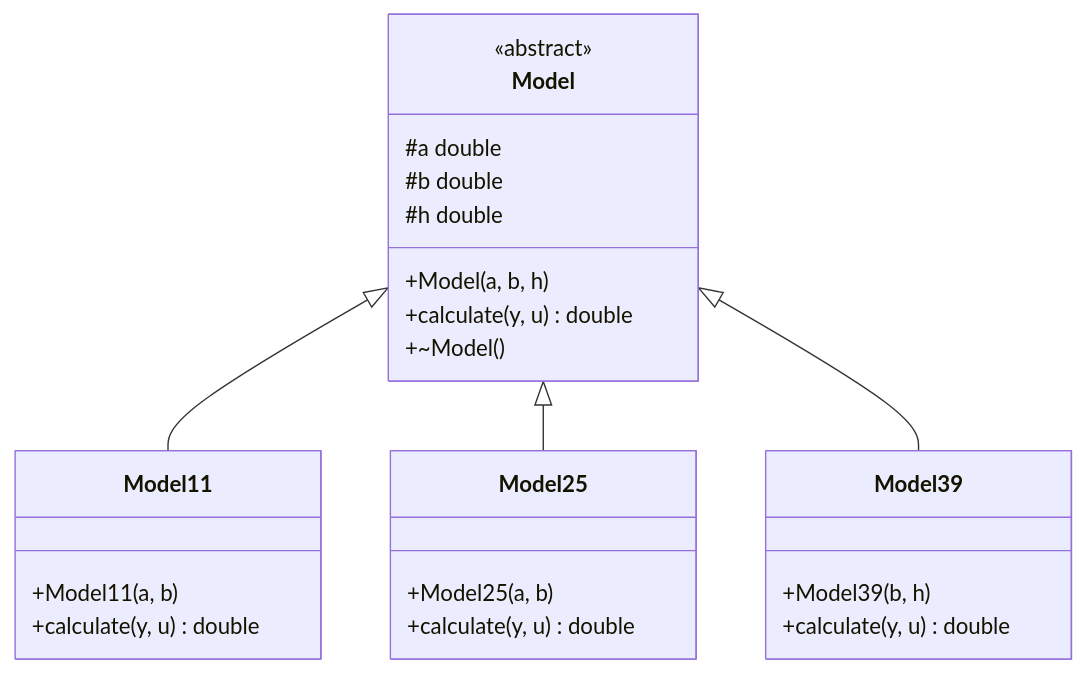
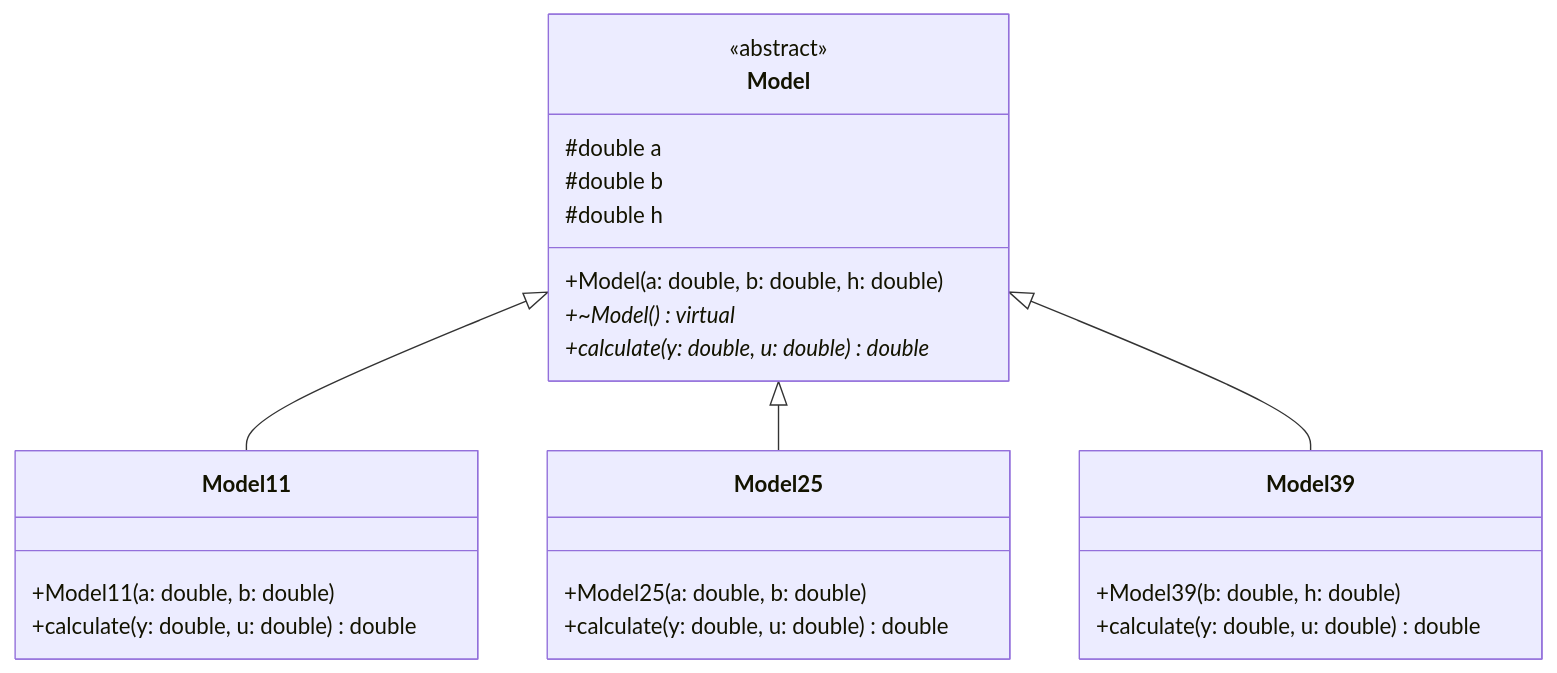
One commit to bananchiks777/OTIS-2026 changed the diagram in trunk/ii03011/task_01/doc/README.md. Above: the diagram before and after it, drawn with Mermaid. The commit also changed other lines of this file, not shown here.

````diff
--- a/trunk/ii03011/task_01/doc/README.md
+++ b/trunk/ii03011/task_01/doc/README.md
@@ -187,31 +71,31 @@
 ```mermaid
 classDiagram
     class Model {
         <<abstract>>
-        #a double
-        #b double
-        #h double
-        +Model(a, b, h)
-        +calculate(y, u) double
-        +~Model()
+        #double a
+        #double b
+        #double h
+        +Model(a: double, b: double, h: double)
+        +~Model()* virtual
+        +calculate(y: double, u: double) double*
     }
 
     class Model11 {
-        +Model11(a, b)
-        +calculate(y, u) double
+        +Model11(a: double, b: double)
+        +calculate(y: double, u: double) double
     }
 
     class Model25 {
-        +Model25(a, b)
-        +calculate(y, u) double
+        +Model25(a: double, b: double)
+        +calculate(y: double, u: double) double
     }
 
     class Model39 {
-        +Model39(b, h)
-        +calculate(y, u) double
+        +Model39(b: double, h: double)
+        +calculate(y: double, u: double) double
     }
 
-    Model <|-- Model11
-    Model <|-- Model25
-    Model <|-- Model39
+    Model <|-- Model11 
+    Model <|-- Model25 
+    Model <|-- Model39 
 ```
````
